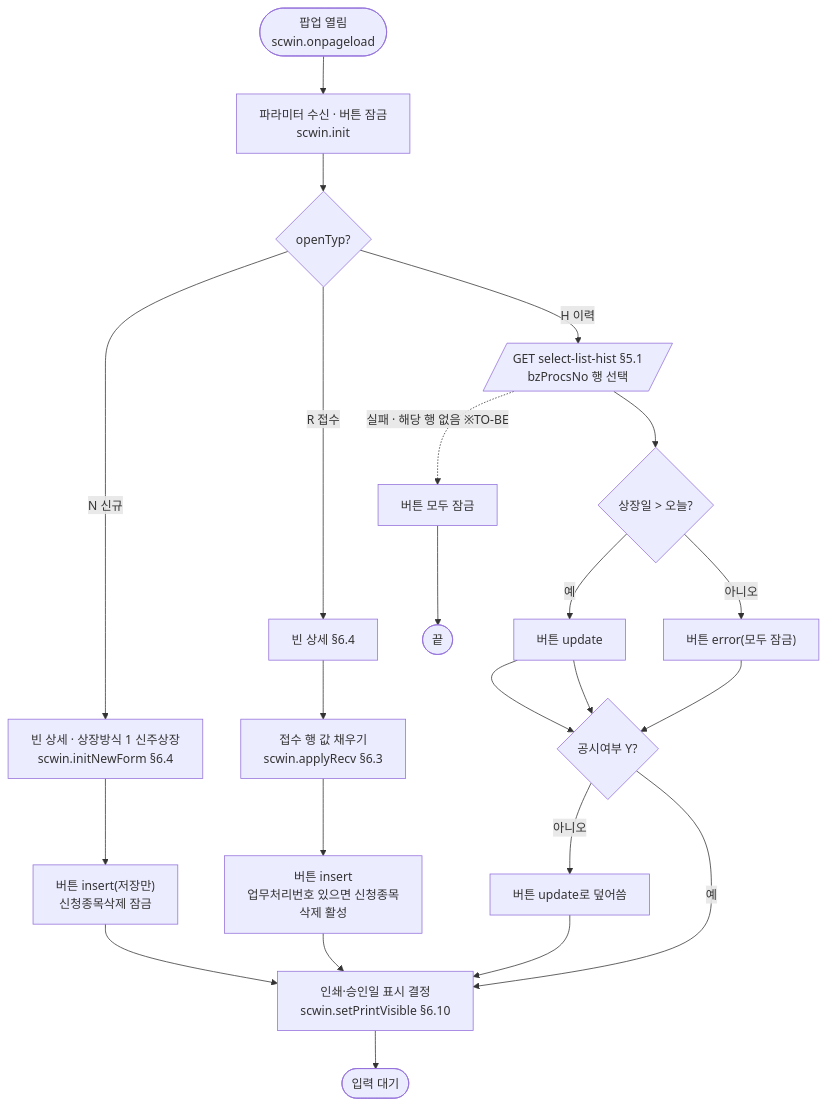
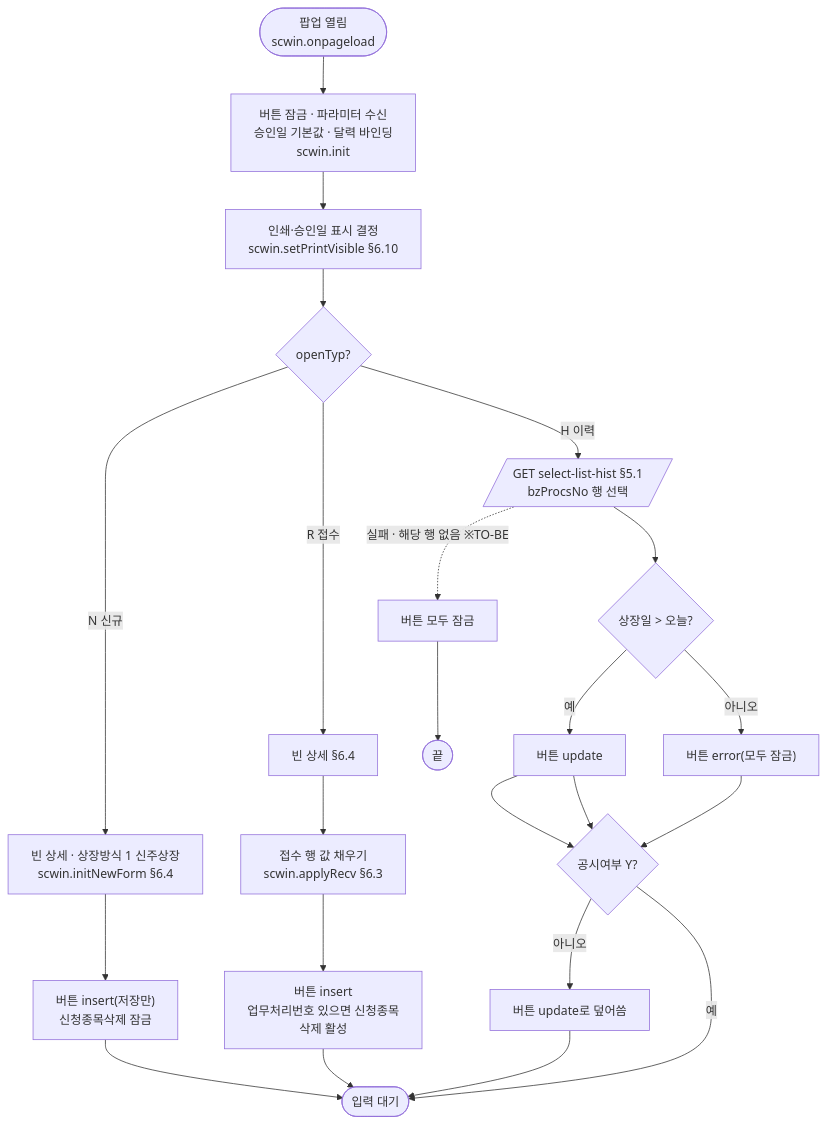
The second of 9 diagrams in conversion/gfm-front/ui/ULDSTF05710/ULDSTF05710.md (jcpark-alt/KRX_CRAFT), drawn with Mermaid before and after one commit. The commit also changed other lines of this file and 1 other file, not shown here.

````diff
--- a/conversion/gfm-front/ui/ULDSTF05710/ULDSTF05710.md
+++ b/conversion/gfm-front/ui/ULDSTF05710/ULDSTF05710.md
@@ -106,18 +106,18 @@
 ```mermaid
 flowchart TD
-    S(["팝업 열림<br/>scwin.onpageload"]) --> P["파라미터 수신 · 버튼 잠금<br/>scwin.init"]
-    P --> B{"openTyp?"}
+    S(["팝업 열림<br/>scwin.onpageload"]) --> P["버튼 잠금 · 파라미터 수신<br/>승인일 기본값 · 달력 바인딩<br/>scwin.init"]
+    P --> V["인쇄·승인일 표시 결정<br/>scwin.setPrintVisible §6.10"]
+    V --> B{"openTyp?"}
     B -- "N 신규" --> N1["빈 상세 · 상장방식 1 신주상장<br/>scwin.initNewForm §6.4"]
-    N1 --> N2["버튼 insert(저장만)<br/>신청종목삭제 잠금"] --> V["인쇄·승인일 표시 결정<br/>scwin.setPrintVisible §6.10"]
+    N1 --> N2["버튼 insert(저장만)<br/>신청종목삭제 잠금"] --> E1(["입력 대기"])
     B -- "R 접수" --> R1["빈 상세 §6.4"] --> R2["접수 행 값 채우기<br/>scwin.applyRecv §6.3"]
-    R2 --> R3["버튼 insert<br/>업무처리번호 있으면 신청종목삭제 활성"] --> V
+    R2 --> R3["버튼 insert<br/>업무처리번호 있으면 신청종목삭제 활성"] --> E1
     B -- "H 이력" --> H1[/"GET select-list-hist §5.1<br/>bzProcsNo 행 선택"/]
     H1 -. "실패 · 해당 행 없음 ※TO-BE" .-> H9["버튼 모두 잠금"] --> E2(["끝"])
     H1 --> H2{"상장일 > 오늘?"}
     H2 -- "예" --> H3["버튼 update"] --> H5
     H2 -- "아니오" --> H4["버튼 error(모두 잠금)"] --> H5{"공시여부 Y?"}
     H3 --> H5
-    H5 -- "아니오" --> H6["버튼 update로 덮어씀"] --> V
-    H5 -- "예" --> V
-    V --> E1(["입력 대기"])
+    H5 -- "아니오" --> H6["버튼 update로 덮어씀"] --> E1
+    H5 -- "예" --> E1
 ```
````
